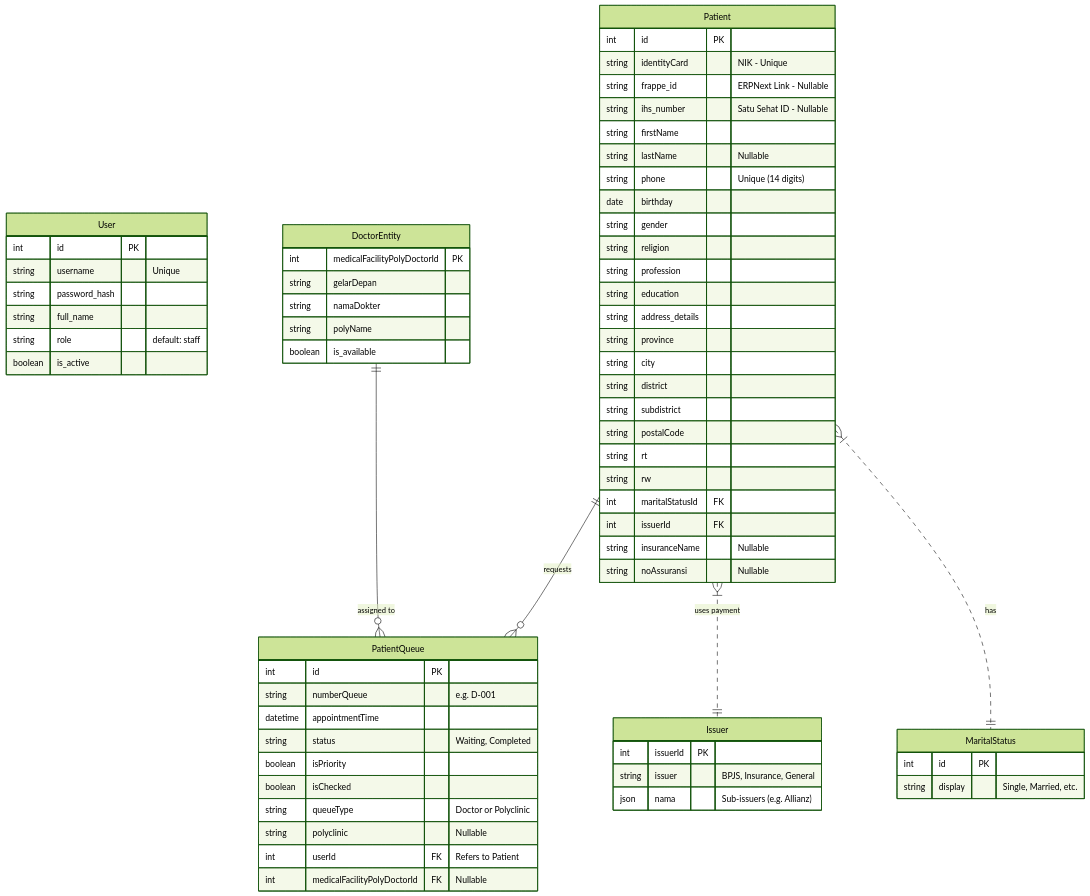
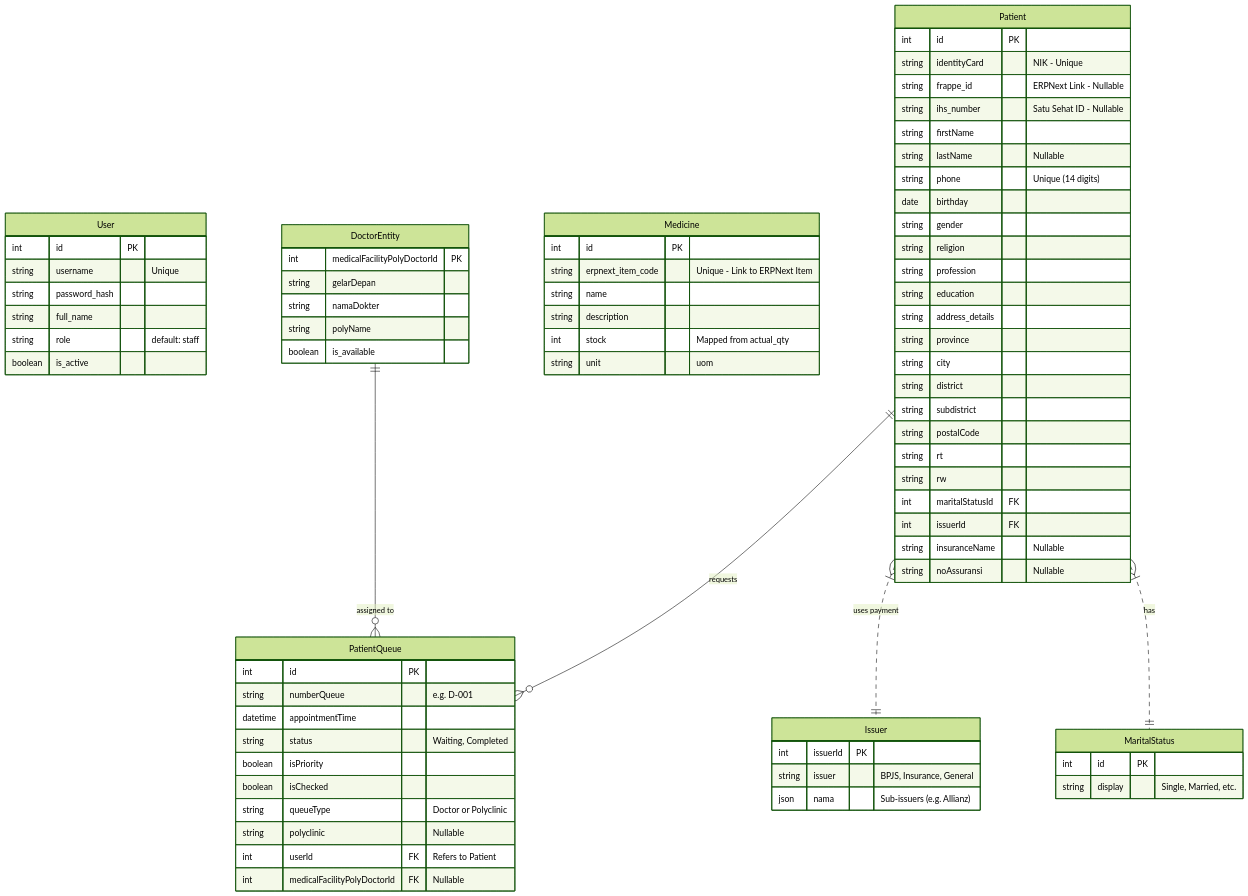
Before and after one commit to giangawatsu016/Klinik_FrontDesk: the diagram in docs/ERD_Klinik Admin.md, drawn with Mermaid (forest theme). The commit also changed 23 other files, not shown here.

Commit message:
Update ERD, PRD, and FSD documentation

```diff
--- a/docs/ERD_Klinik Admin.md
+++ b/docs/ERD_Klinik Admin.md
@@ -33,6 +33,16 @@
         string namaDokter
         string polyName
         boolean is_available
+    }
+
+    %% Core: Medicine
+    Medicine {
+        int id PK
+        string erpnext_item_code "Unique - Link to ERPNext Item"
+        string name
+        string description
+        int stock "Mapped from actual_qty"
+        string unit "uom"
     }
 
     %% Core: Patient
```
